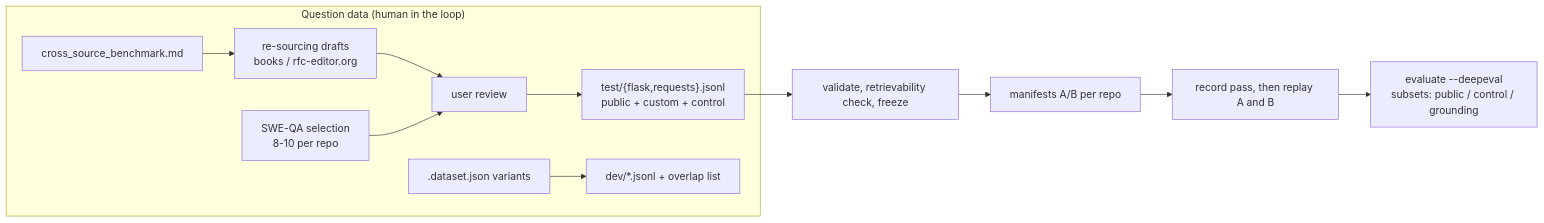
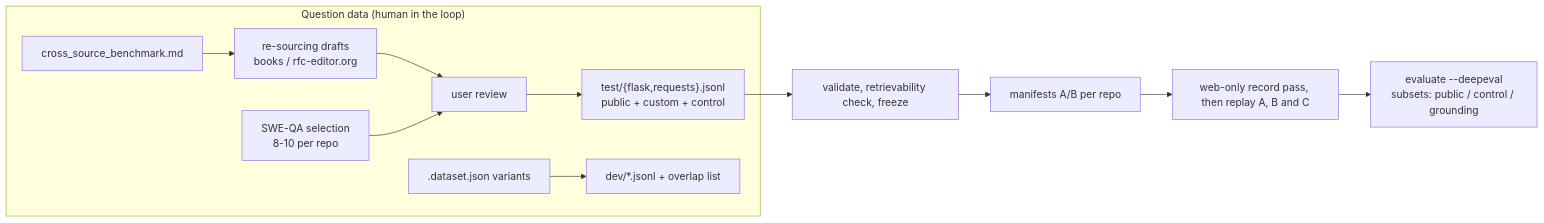
The diagram in docs/plans/2026-11-22-1050-feat-authored-benchmark-experiment-plan.md (andresdp/design-wiki-bridge), drawn with Mermaid before and after one commit. The commit also changed other lines of this file and 27 other files, not shown here.

First line of the commit message:
feat: stop runs on exhausted credit, resume them, web-only record pass

````diff
--- a/docs/plans/2026-11-22-1050-feat-authored-benchmark-experiment-plan.md
+++ b/docs/plans/2026-11-22-1050-feat-authored-benchmark-experiment-plan.md
@@ -96,14 +97,14 @@
 ```mermaid
 flowchart LR
     subgraph Data["Question data (human in the loop)"]
         MD["cross_source_benchmark.md"] --> RS["re-sourcing drafts<br/>books / rfc-editor.org"]
         RS --> REV["user review"]
         SQ["SWE-QA selection<br/>8-10 per repo"] --> REV
         REV --> TEST["test/{flask,requests}.jsonl<br/>public + custom + control"]
         GEN[".dataset.json variants"] --> DEV["dev/*.jsonl + overlap list"]
     end
     TEST --> CHK["validate, retrievability check, freeze"]
     CHK --> MAN["manifests A/B per repo"]
-    MAN --> RUN["record pass, then replay A and B"]
+    MAN --> RUN["web-only record pass, then replay A, B and C"]
     RUN --> EV["evaluate --deepeval<br/>subsets: public / control / grounding"]
 ```
````
